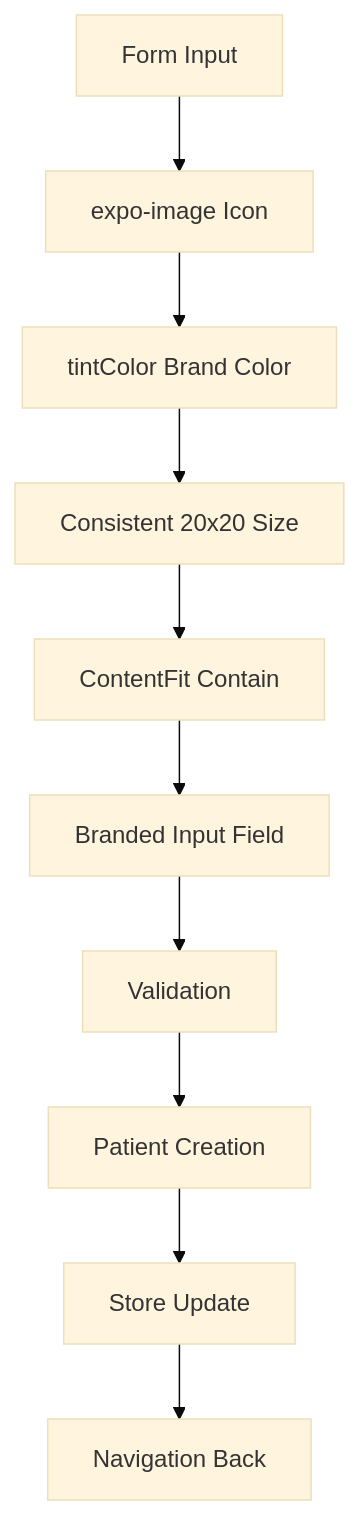
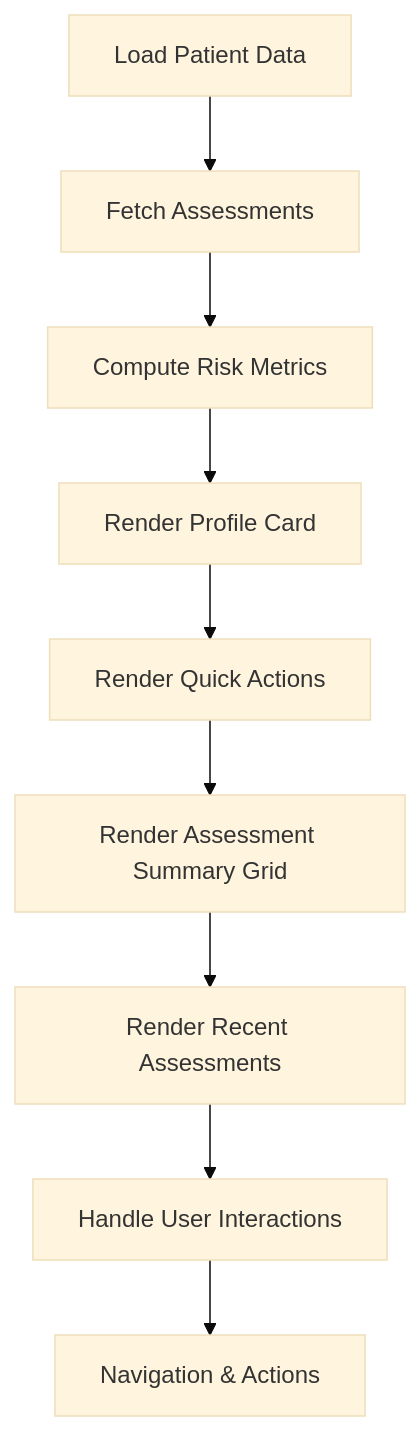
Before and after one commit to AdeelTahir-SE/DermSight: the fifth of 10 diagrams in .qoder/repowiki/en/content/Patient Management/UI Components.md, drawn with Mermaid (base theme). The commit also changed other lines of this file and 23 other files, not shown here.

````diff
--- a/.qoder/repowiki/en/content/Patient Management/UI Components.md
+++ b/.qoder/repowiki/en/content/Patient Management/UI Components.md
@@ -303,12 +292,11 @@
 ```mermaid
 flowchart TD
-A["Form Input"] --> B["expo-image Icon"]
-B --> C["tintColor Brand Color"]
-C --> D["Consistent 20x20 Size"]
-D --> E["ContentFit Contain"]
-E --> F["Branded Input Field"]
-F --> G["Validation"]
-G --> H["Patient Creation"]
-H --> I["Store Update"]
-I --> J["Navigation Back"]
+A["Load Patient Data"] --> B["Fetch Assessments"]
+B --> C["Compute Risk Metrics"]
+C --> D["Render Profile Card"]
+D --> E["Render Quick Actions"]
+E --> F["Render Assessment Summary Grid"]
+F --> G["Render Recent Assessments"]
+G --> H["Handle User Interactions"]
+H --> I["Navigation & Actions"]
 ```
````
